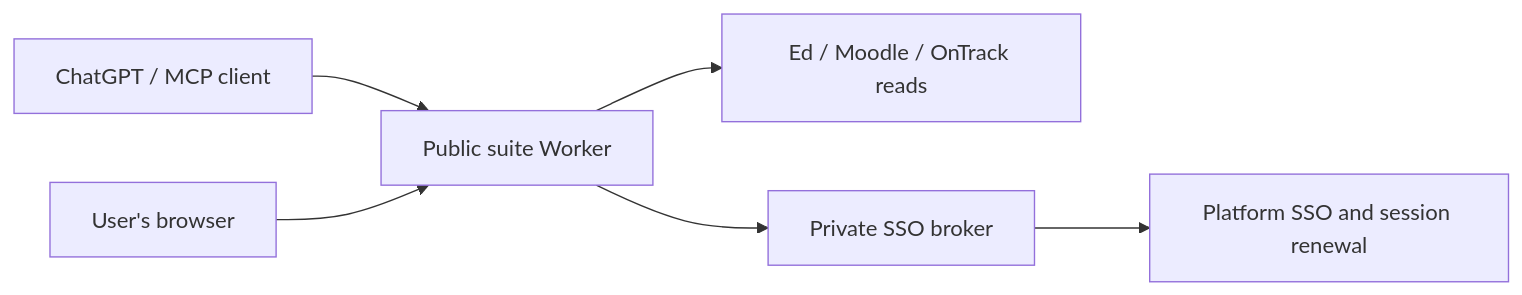
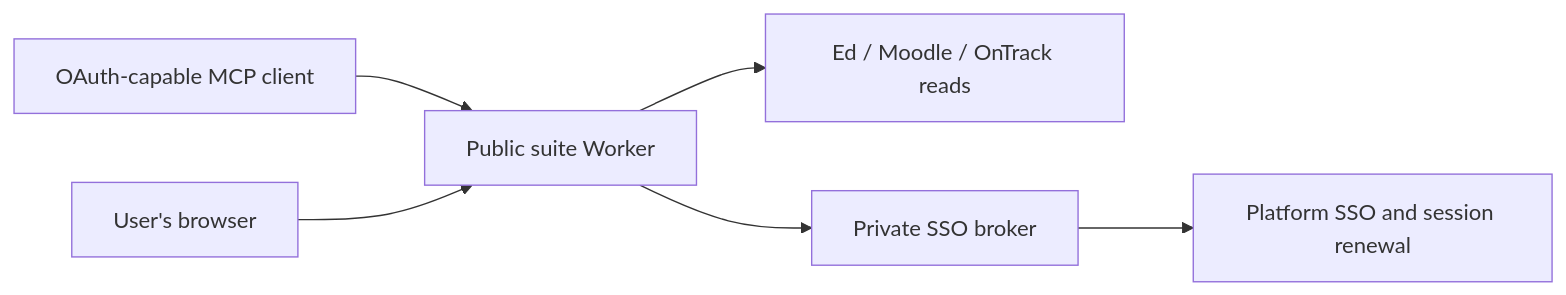
One commit to yunfenglong/learning-mcp changed the diagram in docs/architecture.md. Above: the diagram before and after it, drawn with Mermaid. The commit also changed other lines of this file and 20 other files, not shown here.

````diff
--- a/docs/architecture.md
+++ b/docs/architecture.md
@@ -5,8 +5,8 @@
 ```mermaid
 flowchart LR
-  Client[ChatGPT / MCP client] --> Suite[Public suite Worker]
+  Client[OAuth-capable MCP client] --> Suite[Public suite Worker]
   Browser[User's browser] --> Suite
   Suite --> Platforms[Ed / Moodle / OnTrack reads]
   Suite --> Broker[Private SSO broker]
   Broker --> Login[Platform SSO and session renewal]
 ```
````
